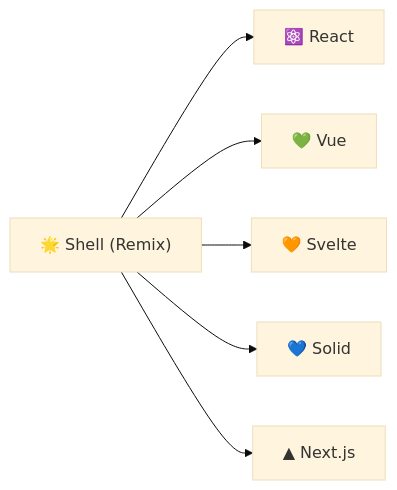
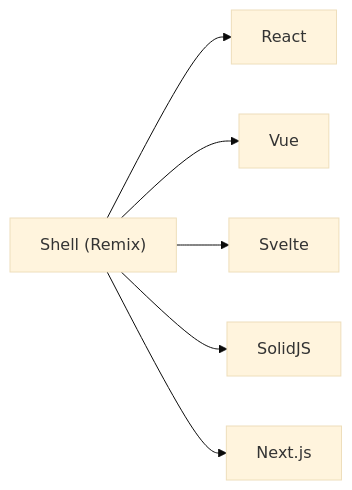
One commit to tian972k/micro-fontend-base changed the first of 2 diagrams in README.md. Above: the diagram before and after it, drawn with Mermaid (base theme). The commit also changed other lines of this file and 7 other files, not shown here.

````diff
--- a/README.md
+++ b/README.md
@@ -14,8 +14,8 @@
 ```mermaid
 flowchart LR
-    Shell["🌟 Shell (Remix)"] --> React["⚛️ React"]
-    Shell --> Vue["💚 Vue"]
-    Shell --> Svelte["🧡 Svelte"]
-    Shell --> Solid["💙 Solid"]
-    Shell --> Next["▲ Next.js"]
+    Shell["Shell (Remix)"] --> React["React"]
+    Shell --> Vue["Vue"]
+    Shell --> Svelte["Svelte"]
+    Shell --> Solid["SolidJS"]
+    Shell --> Next["Next.js"]
 ```
````
